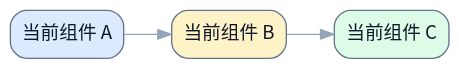
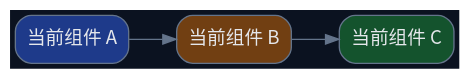
Before and after one commit to terencefan/inority-workspace: the first of 3 diagrams in skills/write-doc/tests/assets/reference-spec.md, drawn with Graphviz. The commit also changed other lines of this file and 45 other files, not shown here.

````diff
--- a/skills/write-doc/tests/assets/reference-spec.md
+++ b/skills/write-doc/tests/assets/reference-spec.md
@@ -18,14 +18,14 @@
 ```dot
 digraph CurrentState {
   rankdir=LR;
-  graph [bgcolor="transparent", fontname="Noto Sans CJK SC"];
-  node [fontname="Noto Sans CJK SC", shape=box, style="rounded,filled", color="#64748b", fontcolor="#0f172a", fillcolor="#f8fafc"];
-  edge [fontname="Noto Sans CJK SC", color="#94a3b8", fontcolor="#94a3b8"];
+  graph [bgcolor="#0b1220", fontname="Noto Sans CJK SC"];
+  node [fontname="Noto Sans CJK SC", shape=box, style="rounded,filled", color="#64748b", fontcolor="#e5e7eb", fillcolor="#0f172a"];
+  edge [fontname="Noto Sans CJK SC", color="#64748b", fontcolor="#64748b"];
 
-  current_a [label="当前组件 A", fillcolor="#dbeafe"];
-  current_b [label="当前组件 B", fillcolor="#fef3c7"];
-  current_c [label="当前组件 C", fillcolor="#dcfce7"];
+  current_a [label="当前组件 A", fillcolor="#1e3a8a"];
+  current_b [label="当前组件 B", fillcolor="#713f12"];
+  current_c [label="当前组件 C", fillcolor="#14532d"];
 
   current_a -> current_b -> current_c;
 }
 ```
````
